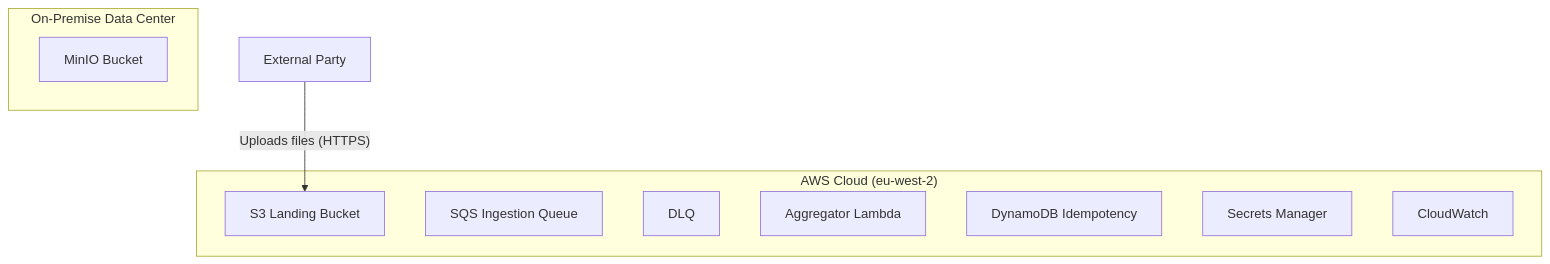
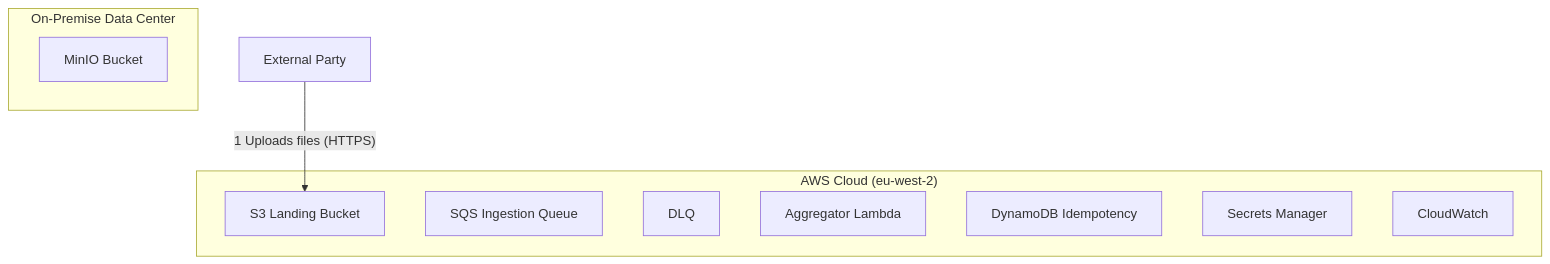
The diagram in src/data_aggregator/README.md (jathorp/data-agregator), drawn with Mermaid before and after one commit.

Commit message:
Added README for the lambda code

````diff
--- a/src/data_aggregator/README.md
+++ b/src/data_aggregator/README.md
@@ -11,25 +11,25 @@
 ```mermaid
 flowchart TD
   %% External party
   ExternalParty["External Party"]
 
   %% ───── On‑prem ─────
   subgraph OnPrem["On‑Premise Data Center"]
     MinIO["MinIO Bucket"]
   end
 
   %% ───── AWS ─────
   subgraph AWS["AWS Cloud (eu‑west‑2)"]
     S3["S3 Landing Bucket"]
     SQS["SQS Ingestion Queue"]
     DLQ["DLQ"]
     Lambda["Aggregator Lambda"]
     Dynamo["DynamoDB Idempotency"]
     Secrets["Secrets Manager"]
     CW["CloudWatch"]
   end
 
   %% ───────── Edges ─────────
-  ExternalParty -->|"Uploads files (HTTPS)"| S3
+  ExternalParty -->|"1 Uploads files (HTTPS)"| S3
 
 ```
````
